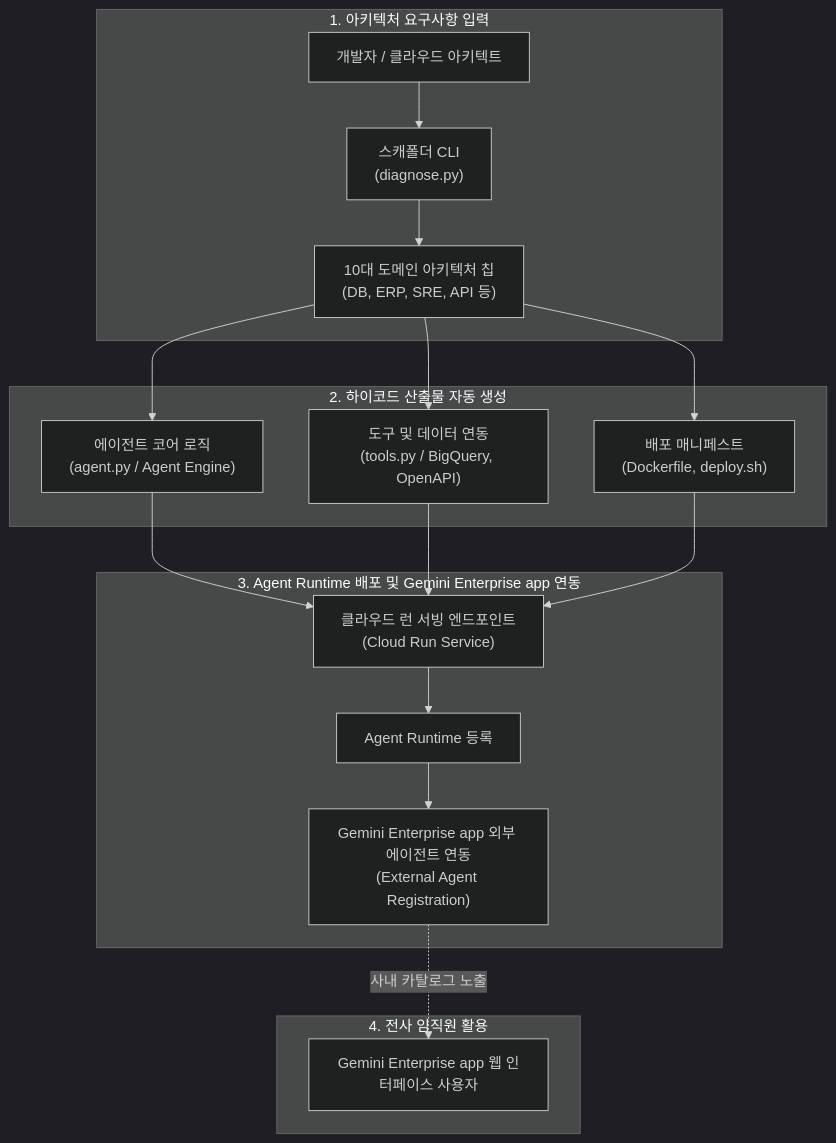
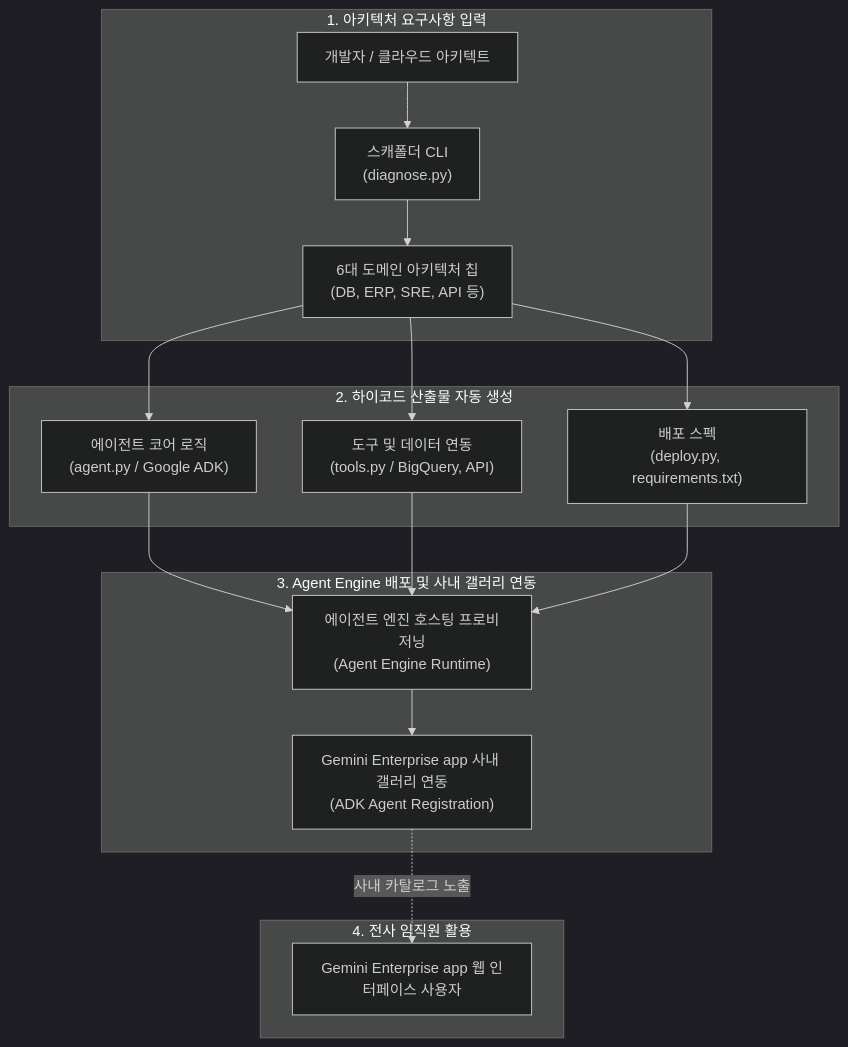
Before and after one commit to jiangjun-forge/google-cloud-0-to-1: the diagram in samples/gemini-enterprise-copilot-custom/docs/TDD.md, drawn with Mermaid (dark theme). The commit also changed other lines of this file and 6 other files, not shown here.

Commit message:
Remove Cloud Run

````diff
--- a/samples/gemini-enterprise-copilot-custom/docs/TDD.md
+++ b/samples/gemini-enterprise-copilot-custom/docs/TDD.md
@@ -23,35 +23,33 @@
 ```mermaid
 flowchart TD
     subgraph InputPhase ["1. 아키텍처 요구사항 입력"]
         Dev["개발자 / 클라우드 아키텍트"]
         CLI["스캐폴더 CLI<br/>(diagnose.py)"]
-        PresetEngine["10대 도메인 아키텍처 칩<br/>(DB, ERP, SRE, API 등)"]
+        PresetEngine["6대 도메인 아키텍처 칩<br/>(DB, ERP, SRE, API 등)"]
         Dev --> CLI
         CLI --> PresetEngine
     end
 
     subgraph ScaffoldingPhase ["2. 하이코드 산출물 자동 생성"]
-        AgentCode["에이전트 코어 로직<br/>(agent.py / Agent Engine)"]
-        ToolsCode["도구 및 데이터 연동<br/>(tools.py / BigQuery, OpenAPI)"]
-        DeploySpec["배포 매니페스트<br/>(Dockerfile, deploy.sh)"]
+        AgentCode["에이전트 코어 로직<br/>(agent.py / Google ADK)"]
+        ToolsCode["도구 및 데이터 연동<br/>(tools.py / BigQuery, API)"]
+        DeploySpec["배포 스펙<br/>(deploy.py, requirements.txt)"]
         PresetEngine --> AgentCode
         PresetEngine --> ToolsCode
         PresetEngine --> DeploySpec
     end
 
-    subgraph DeploymentPhase ["3. Agent Runtime 배포 및 Gemini Enterprise app 연동"]
-        CloudRun["클라우드 런 서빙 엔드포인트<br/>(Cloud Run Service)"]
-        AgentEngine["Agent Runtime 등록"]
-        GEAppBinding["Gemini Enterprise app 외부 에이전트 연동<br/>(External Agent Registration)"]
-        AgentCode --> CloudRun
-        ToolsCode --> CloudRun
-        DeploySpec --> CloudRun
-        CloudRun --> AgentEngine
+    subgraph DeploymentPhase ["3. Agent Engine 배포 및 사내 갤러리 연동"]
+        AgentEngine["에이전트 엔진 호스팅 프로비저닝<br/>(Agent Engine Runtime)"]
+        GEAppBinding["Gemini Enterprise app 사내 갤러리 연동<br/>(ADK Agent Registration)"]
+        AgentCode --> AgentEngine
+        ToolsCode --> AgentEngine
+        DeploySpec --> AgentEngine
         AgentEngine --> GEAppBinding
     end
 
     subgraph EndUser ["4. 전사 임직원 활용"]
         User["Gemini Enterprise app 웹 인터페이스 사용자"]
         GEAppBinding -.->|"사내 카탈로그 노출"| User
     end
 ```
````
